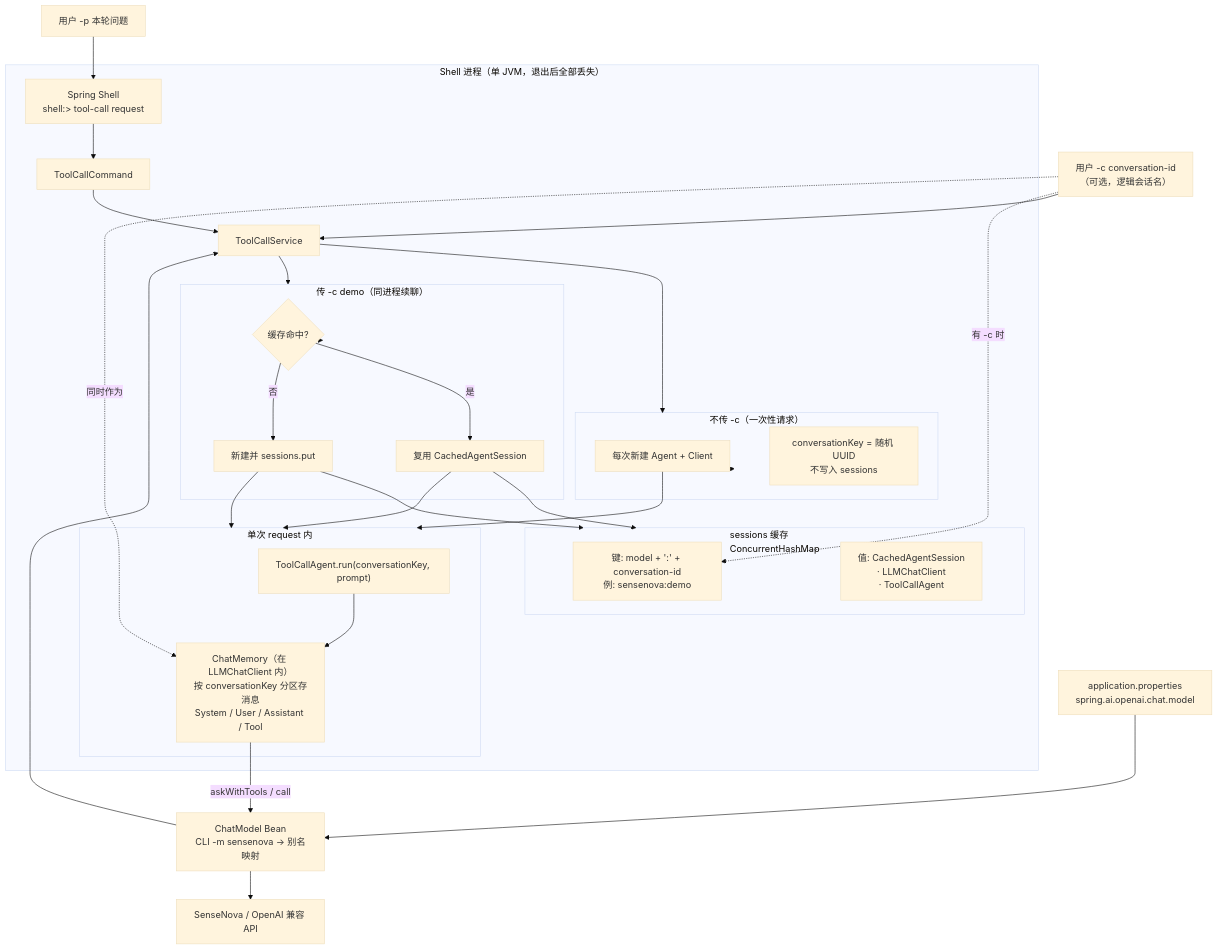
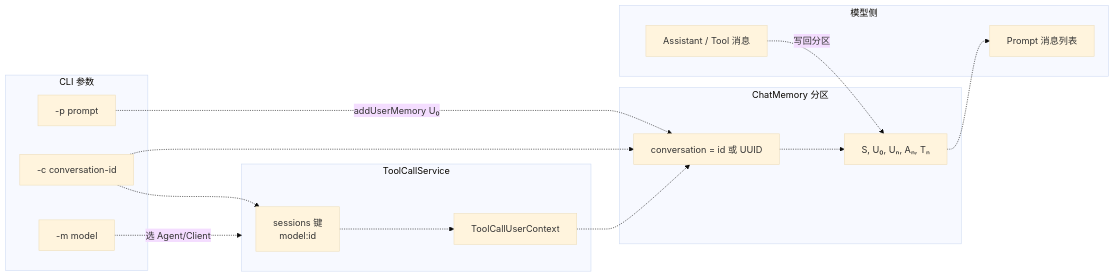
One commit to jixie-wish/Janus changed the fifth of 6 diagrams in shell/docs/SHELL.md. Above: the diagram before and after it, drawn with Mermaid (base theme). The commit also changed other lines of this file and 24 other files, not shown here.

Commit message:
introduce user context

````diff
--- a/shell/docs/SHELL.md
+++ b/shell/docs/SHELL.md
@@ -56,58 +249,33 @@
 ```mermaid
-flowchart TB
-    subgraph shell_proc["Shell 进程（单 JVM，退出后全部丢失）"]
-        CLI["Spring Shell<br/>shell:> tool-call request"]
-        CMD["ToolCallCommand"]
-        SVC["ToolCallService"]
-
-        subgraph cache["sessions 缓存<br/>ConcurrentHashMap"]
-            SK["键: model + ':' + conversation-id<br/>例: sensenova:demo"]
-            SESS["值: CachedAgentSession<br/>· LLMChatClient<br/>· ToolCallAgent"]
-        end
-
-        subgraph ephemeral["不传 -c（一次性请求）"]
-            NEW["每次新建 Agent + Client"]
-            UUID["conversationKey = 随机 UUID<br/>不写入 sessions"]
-        end
-
-        subgraph persistent["传 -c demo（同进程续聊）"]
-            HIT{"缓存命中?"}
-            REUSE["复用 CachedAgentSession"]
-            CREATE["新建并 sessions.put"]
-        end
-
-        CLI --> CMD --> SVC
-        SVC --> ephemeral
-        SVC --> persistent
-        persistent --> HIT
-        HIT -->|是| REUSE
-        HIT -->|否| CREATE
-        CREATE --> cache
-        REUSE --> cache
-        ephemeral --> NEW
-
-        subgraph agent_run["单次 request 内"]
-            AG["ToolCallAgent.run(conversationKey, prompt)"]
-            MEM["ChatMemory（在 LLMChatClient 内）<br/>按 conversationKey 分区存消息<br/>System / User / Assistant / Tool"]
-            AG --> MEM
-        end
-
-        NEW --> agent_run
-        REUSE --> agent_run
-        CREATE --> agent_run
+flowchart LR
+    subgraph cli["CLI 参数"]
+        P["-p prompt"]
+        M["-m model"]
+        C["-c conversation-id"]
     end
 
-    CFG["application.properties<br/>spring.ai.openai.chat.model"]
-    CM["ChatModel Bean<br/>CLI -m sensenova → 别名映射"]
-    API["SenseNova / OpenAI 兼容 API"]
+    subgraph svc["ToolCallService"]
+        SK["sessions 键<br/>model:id"]
+        CTX["ToolCallUserContext"]
+    end
 
-    CFG --> CM
-    CM --> SVC
-    MEM -->|askWithTools / call| CM
-    CM --> API
+    subgraph mem["ChatMemory 分区"]
+        PART["conversation = id 或 UUID"]
+        MSG["S, U₀, Uₙ, Aₙ, Tₙ"]
+    end
 
-    USER["用户 -p 本轮问题"] --> CLI
-    CID["用户 -c conversation-id<br/>（可选，逻辑会话名）"] --> SVC
-    CID -.->|有 -c 时| SK
-    CID -.->|同时作为| MEM
+    subgraph model["模型侧"]
+        REQ["Prompt 消息列表"]
+        RSP["Assistant / Tool 消息"]
+    end
+
+    P -.->|addUserMemory U₀| PART
+    C -.-> SK
+    C -.-> PART
+    M -.->|选 Agent/Client| svc
+    SK -.-> CTX
+    CTX -.-> PART
+    PART -.-> MSG
+    MSG -.-> REQ
+    RSP -.->|写回分区| MSG
 ```
````
